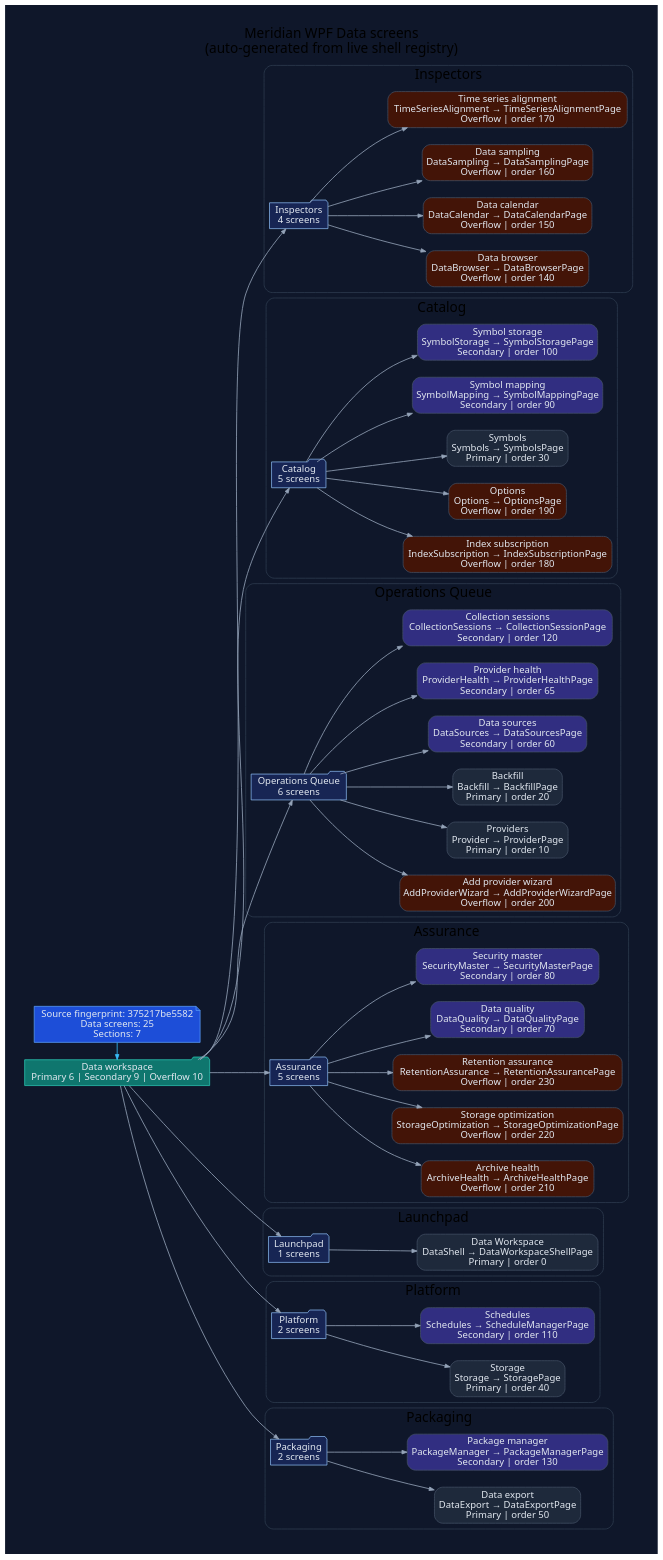
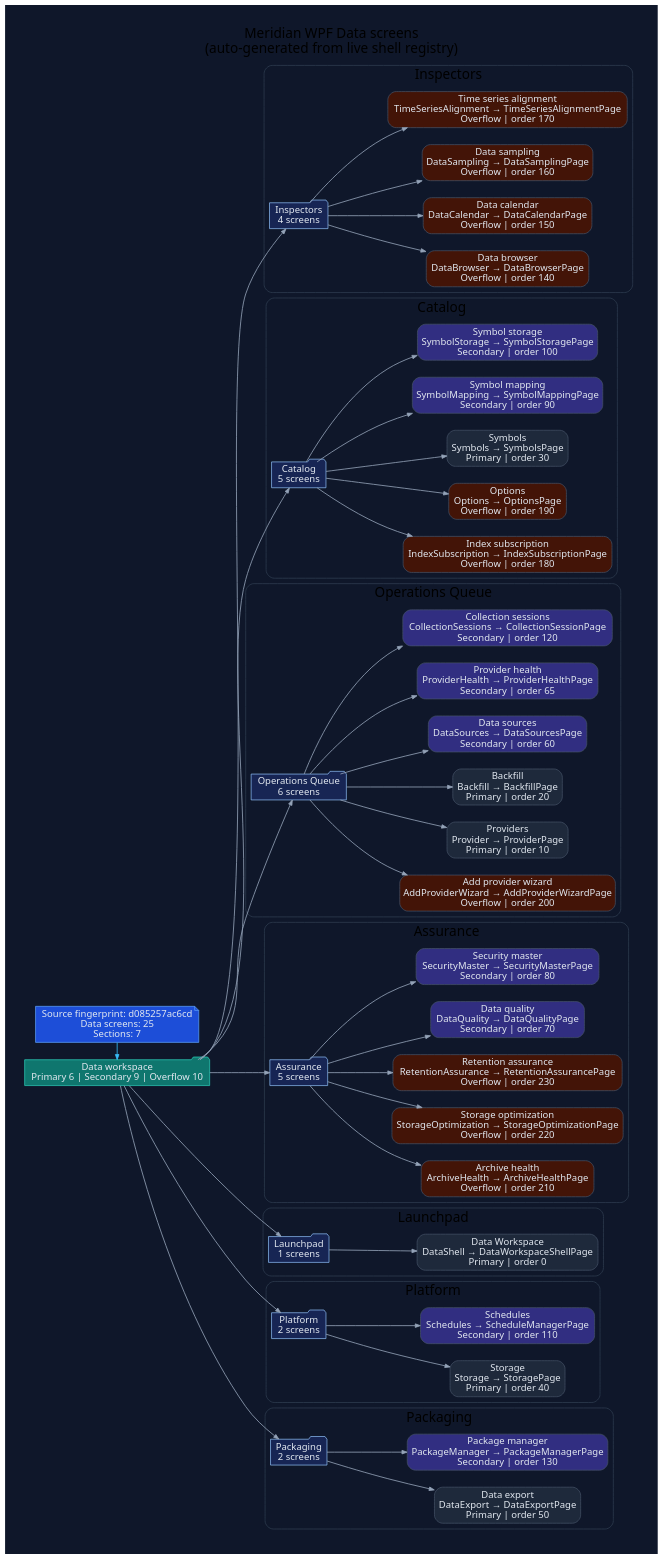
Before and after one commit to rodoHasArrived/Meridian-main: the diagram in docs/diagrams/ui-wpf-screens-data.dot, drawn with Graphviz. The commit also changed 191 other files, not shown here.

```diff
--- a/docs/diagrams/ui-wpf-screens-data.dot
+++ b/docs/diagrams/ui-wpf-screens-data.dot
@@ -1,132 +1,132 @@
 // -----------------------------------------------------------------------------
 // <auto-generated>
 // Generated by scripts/generate-diagrams.mjs.
 // Do not edit this file directly; update the WPF source files instead.
 // -----------------------------------------------------------------------------
 digraph WpfDataScreens {
   graph [
     rankdir=LR,
     labelloc=t,
     label="Meridian WPF Data screens\n(auto-generated from live shell registry)",
     fontname="Segoe UI",
     fontsize=20,
     pad=0.4,
     nodesep=0.35,
     ranksep=0.85,
     bgcolor="#0f172a"
   ];
   node [fontname="Segoe UI", shape=box, style="rounded,filled", color="#475569", fontcolor="#e2e8f0", fillcolor="#1e293b"];
   edge [fontname="Segoe UI", color="#94a3b8", penwidth=1.2, arrowsize=0.75];
 
-  generated [shape=note, fillcolor="#1d4ed8", color="#60a5fa", label="Source fingerprint: 375217be5582\nData screens: 25\nSections: 7"];
+  generated [shape=note, fillcolor="#1d4ed8", color="#60a5fa", label="Source fingerprint: d085257ac6cd\nData screens: 25\nSections: 7"];
   workspace [shape=folder, fillcolor="#0f766e", color="#2dd4bf", label="Data workspace\nPrimary 6 | Secondary 9 | Overflow 10"];
   generated -> workspace [color="#38bdf8"];
 
   subgraph cluster_section_1 {
     label="Inspectors";
     color="#334155";
     style="rounded";
     section_1 [shape=folder, fillcolor="#172554", color="#93c5fd", label="Inspectors\n4 screens"];
     workspace -> section_1;
     screen_DataBrowser [fillcolor="#431407", label="Data browser\nDataBrowser → DataBrowserPage\nOverflow | order 140"];
     section_1 -> screen_DataBrowser;
     screen_DataCalendar [fillcolor="#431407", label="Data calendar\nDataCalendar → DataCalendarPage\nOverflow | order 150"];
     section_1 -> screen_DataCalendar;
     screen_DataSampling [fillcolor="#431407", label="Data sampling\nDataSampling → DataSamplingPage\nOverflow | order 160"];
     section_1 -> screen_DataSampling;
     screen_TimeSeriesAlignment [fillcolor="#431407", label="Time series alignment\nTimeSeriesAlignment → TimeSeriesAlignmentPage\nOverflow | order 170"];
     section_1 -> screen_TimeSeriesAlignment;
   }
 
   subgraph cluster_section_2 {
     label="Catalog";
     color="#334155";
     style="rounded";
     section_2 [shape=folder, fillcolor="#172554", color="#93c5fd", label="Catalog\n5 screens"];
     workspace -> section_2;
     screen_IndexSubscription [fillcolor="#431407", label="Index subscription\nIndexSubscription → IndexSubscriptionPage\nOverflow | order 180"];
     section_2 -> screen_IndexSubscription;
     screen_Options [fillcolor="#431407", label="Options\nOptions → OptionsPage\nOverflow | order 190"];
     section_2 -> screen_Options;
     screen_Symbols [fillcolor="#1e293b", label="Symbols\nSymbols → SymbolsPage\nPrimary | order 30"];
     section_2 -> screen_Symbols;
     screen_SymbolMapping [fillcolor="#312e81", label="Symbol mapping\nSymbolMapping → SymbolMappingPage\nSecondary | order 90"];
     section_2 -> screen_SymbolMapping;
     screen_SymbolStorage [fillcolor="#312e81", label="Symbol storage\nSymbolStorage → SymbolStoragePage\nSecondary | order 100"];
     section_2 -> screen_SymbolStorage;
   }
 
   subgraph cluster_section_3 {
     label="Operations Queue";
     color="#334155";
     style="rounded";
     section_3 [shape=folder, fillcolor="#172554", color="#93c5fd", label="Operations Queue\n6 screens"];
     workspace -> section_3;
     screen_AddProviderWizard [fillcolor="#431407", label="Add provider wizard\nAddProviderWizard → AddProviderWizardPage\nOverflow | order 200"];
     section_3 -> screen_AddProviderWizard;
     screen_Provider [fillcolor="#1e293b", label="Providers\nProvider → ProviderPage\nPrimary | order 10"];
     section_3 -> screen_Provider;
     screen_Backfill [fillcolor="#1e293b", label="Backfill\nBackfill → BackfillPage\nPrimary | order 20"];
     section_3 -> screen_Backfill;
     screen_DataSources [fillcolor="#312e81", label="Data sources\nDataSources → DataSourcesPage\nSecondary | order 60"];
     section_3 -> screen_DataSources;
     screen_ProviderHealth [fillcolor="#312e81", label="Provider health\nProviderHealth → ProviderHealthPage\nSecondary | order 65"];
     section_3 -> screen_ProviderHealth;
     screen_CollectionSessions [fillcolor="#312e81", label="Collection sessions\nCollectionSessions → CollectionSessionPage\nSecondary | order 120"];
     section_3 -> screen_CollectionSessions;
   }
 
   subgraph cluster_section_4 {
     label="Assurance";
     color="#334155";
     style="rounded";
     section_4 [shape=folder, fillcolor="#172554", color="#93c5fd", label="Assurance\n5 screens"];
     workspace -> section_4;
     screen_ArchiveHealth [fillcolor="#431407", label="Archive health\nArchiveHealth → ArchiveHealthPage\nOverflow | order 210"];
     section_4 -> screen_ArchiveHealth;
     screen_StorageOptimization [fillcolor="#431407", label="Storage optimization\nStorageOptimization → StorageOptimizationPage\nOverflow | order 220"];
     section_4 -> screen_StorageOptimization;
     screen_RetentionAssurance [fillcolor="#431407", label="Retention assurance\nRetentionAssurance → RetentionAssurancePage\nOverflow | order 230"];
     section_4 -> screen_RetentionAssurance;
     screen_DataQuality [fillcolor="#312e81", label="Data quality\nDataQuality → DataQualityPage\nSecondary | order 70"];
     section_4 -> screen_DataQuality;
     screen_SecurityMaster [fillcolor="#312e81", label="Security master\nSecurityMaster → SecurityMasterPage\nSecondary | order 80"];
     section_4 -> screen_SecurityMaster;
   }
 
   subgraph cluster_section_5 {
     label="Launchpad";
     color="#334155";
     style="rounded";
     section_5 [shape=folder, fillcolor="#172554", color="#93c5fd", label="Launchpad\n1 screens"];
     workspace -> section_5;
     screen_DataShell [fillcolor="#1e293b", label="Data Workspace\nDataShell → DataWorkspaceShellPage\nPrimary | order 0"];
     section_5 -> screen_DataShell;
   }
 
   subgraph cluster_section_6 {
     label="Platform";
     color="#334155";
     style="rounded";
     section_6 [shape=folder, fillcolor="#172554", color="#93c5fd", label="Platform\n2 screens"];
     workspace -> section_6;
     screen_Storage [fillcolor="#1e293b", label="Storage\nStorage → StoragePage\nPrimary | order 40"];
     section_6 -> screen_Storage;
     screen_Schedules [fillcolor="#312e81", label="Schedules\nSchedules → ScheduleManagerPage\nSecondary | order 110"];
     section_6 -> screen_Schedules;
   }
 
   subgraph cluster_section_7 {
     label="Packaging";
     color="#334155";
     style="rounded";
     section_7 [shape=folder, fillcolor="#172554", color="#93c5fd", label="Packaging\n2 screens"];
     workspace -> section_7;
     screen_DataExport [fillcolor="#1e293b", label="Data export\nDataExport → DataExportPage\nPrimary | order 50"];
     section_7 -> screen_DataExport;
     screen_PackageManager [fillcolor="#312e81", label="Package manager\nPackageManager → PackageManagerPage\nSecondary | order 130"];
     section_7 -> screen_PackageManager;
   }
 
   { rank=min; generated; workspace; }
 }
```
